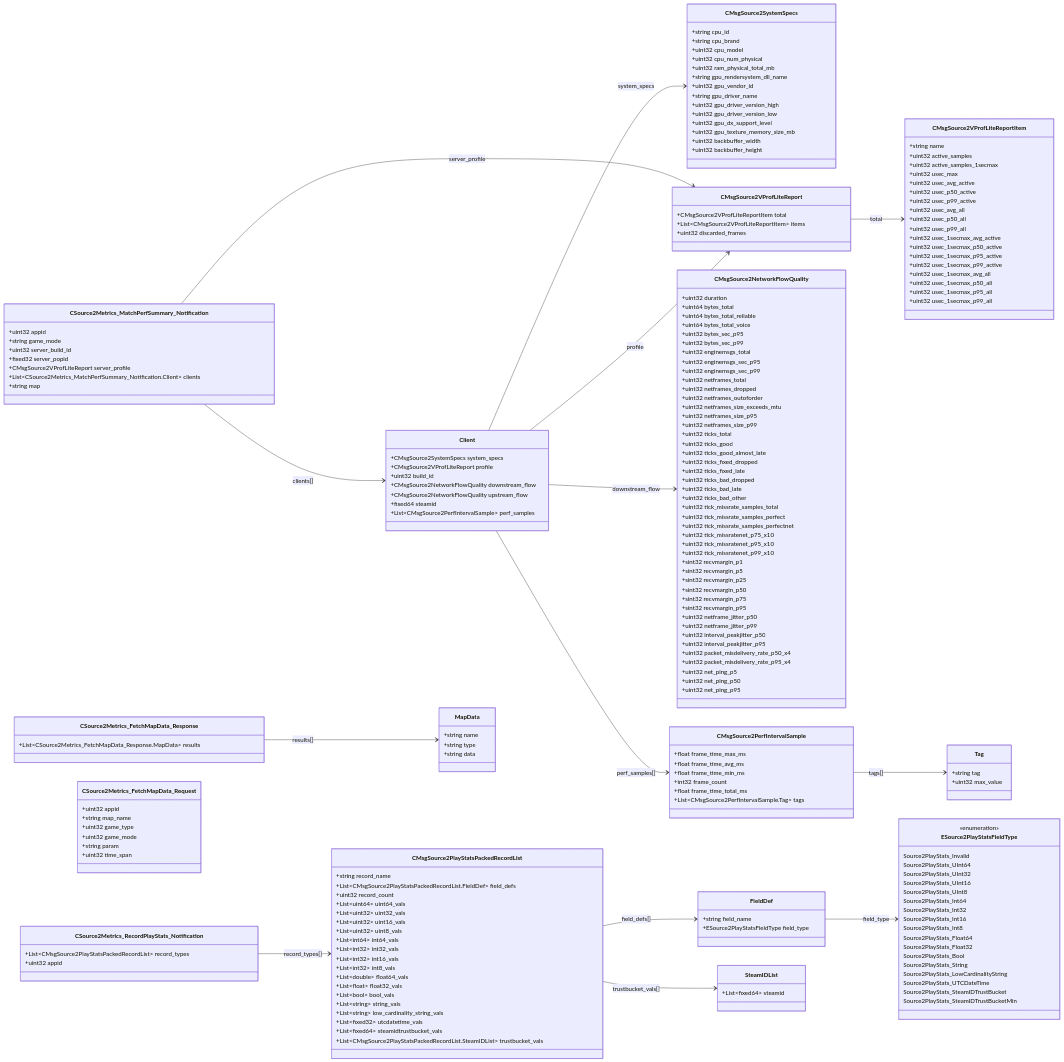
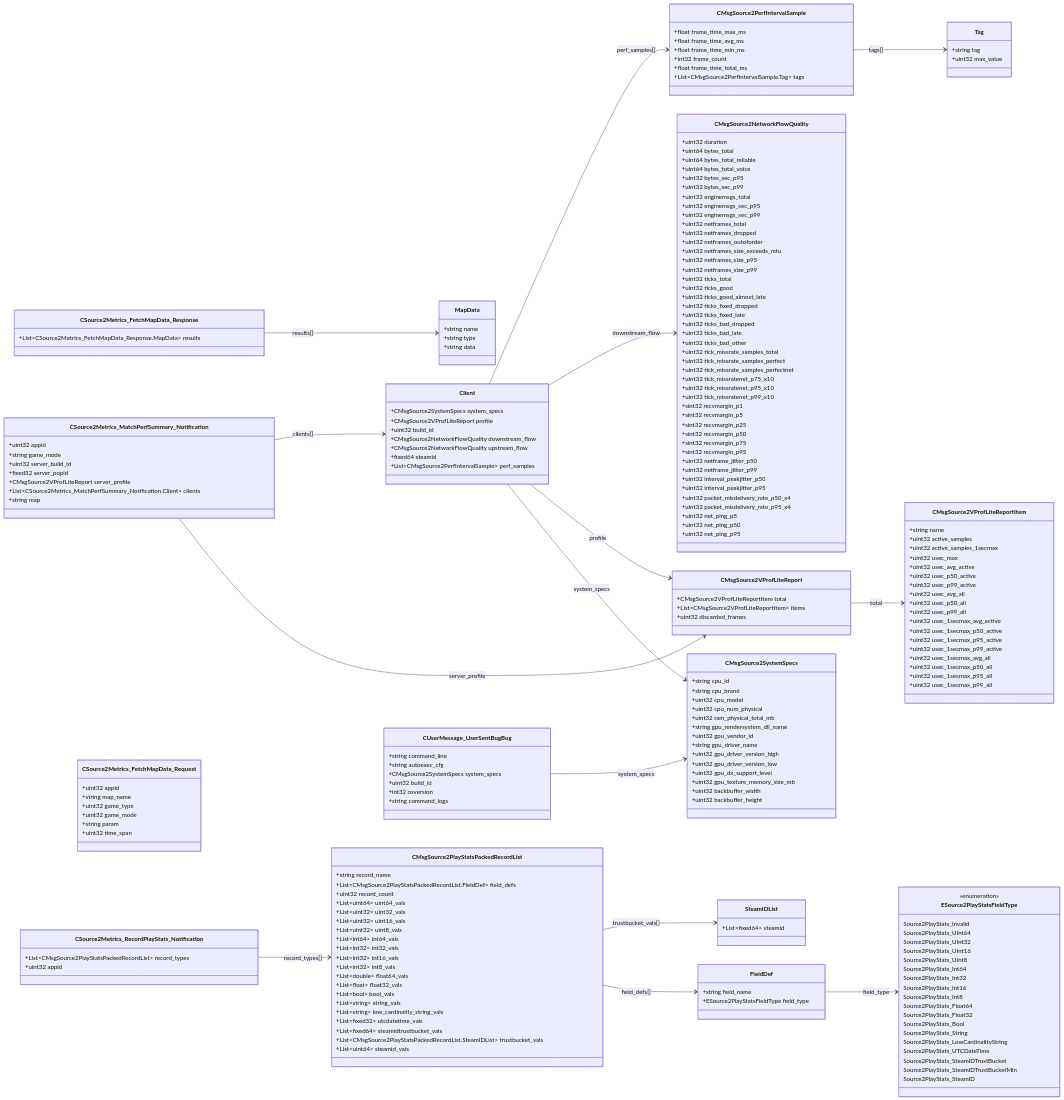
One commit to CS2OpenDev/CS2OpenDev-Docs changed the diagram in docs/generated/proto/source2_steam_stats.md. Above: the diagram before and after it, drawn with Mermaid. The commit also changed other lines of this file and 8 other files, not shown here.

````diff
--- a/docs/generated/proto/source2_steam_stats.md
+++ b/docs/generated/proto/source2_steam_stats.md
@@ -158,6 +158,7 @@
     +List~fixed32~ utcdatetime_vals
     +List~fixed64~ steamidtrustbucket_vals
     +List~CMsgSource2PlayStatsPackedRecordList.SteamIDList~ trustbucket_vals
+    +List~uint64~ steamid_vals
   }
 
   class FieldDef {
@@ -193,6 +194,15 @@
     +string data
   }
 
+  class CUserMessage_UserSentBugBug {
+    +string command_line
+    +string autoexec_cfg
+    +CMsgSource2SystemSpecs system_specs
+    +uint32 build_id
+    +int32 osversion
+    +string command_logs
+  }
+
   CMsgSource2VProfLiteReport --> CMsgSource2VProfLiteReportItem : total
   CMsgSource2PerfIntervalSample --> Tag : tags[]
   CSource2Metrics_MatchPerfSummary_Notification --> CMsgSource2VProfLiteReport : server_profile
@@ -206,6 +216,7 @@
   FieldDef --> ESource2PlayStatsFieldType : field_type
   CSource2Metrics_RecordPlayStats_Notification --> CMsgSource2PlayStatsPackedRecordList : record_types[]
   CSource2Metrics_FetchMapData_Response --> MapData : results[]
+  CUserMessage_UserSentBugBug --> CMsgSource2SystemSpecs : system_specs
 
   class ESource2PlayStatsFieldType{
     <<enumeration>>
@@ -226,6 +237,7 @@
     Source2PlayStats_UTCDateTime
     Source2PlayStats_SteamIDTrustBucket
     Source2PlayStats_SteamIDTrustBucketMin
+    Source2PlayStats_SteamID
   }
 
 ```
````
